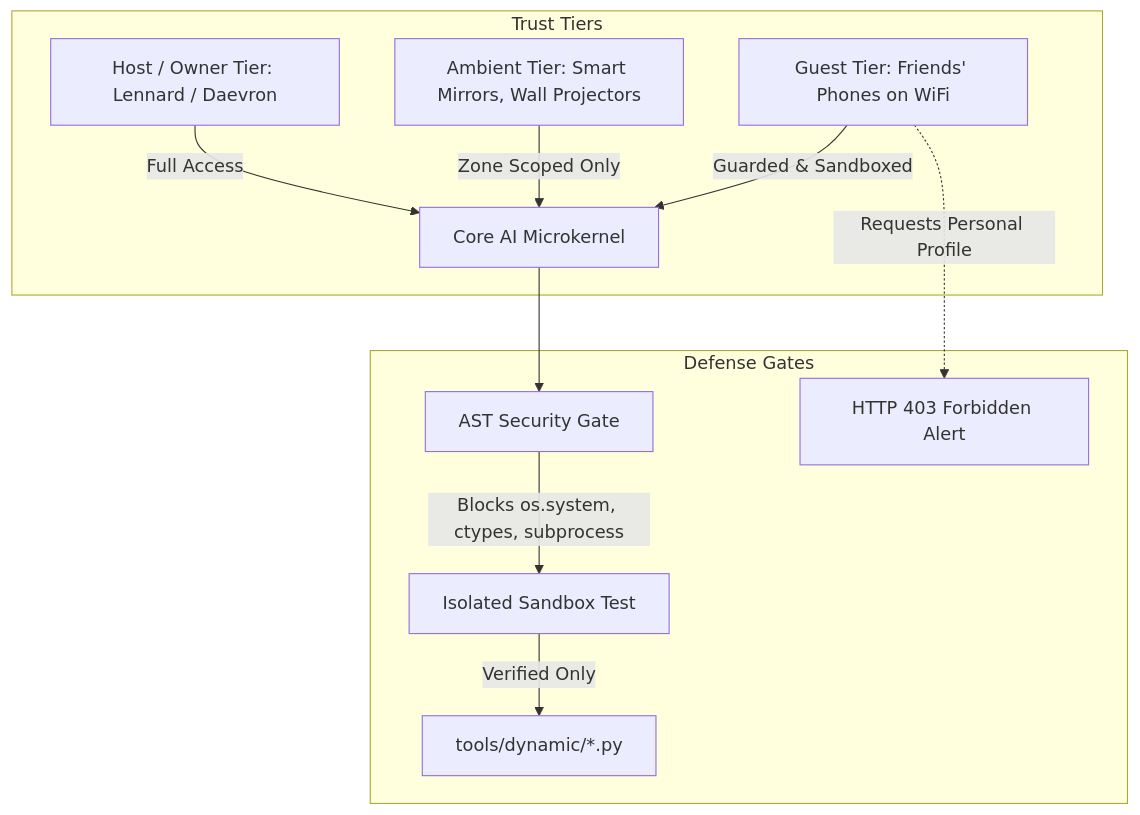
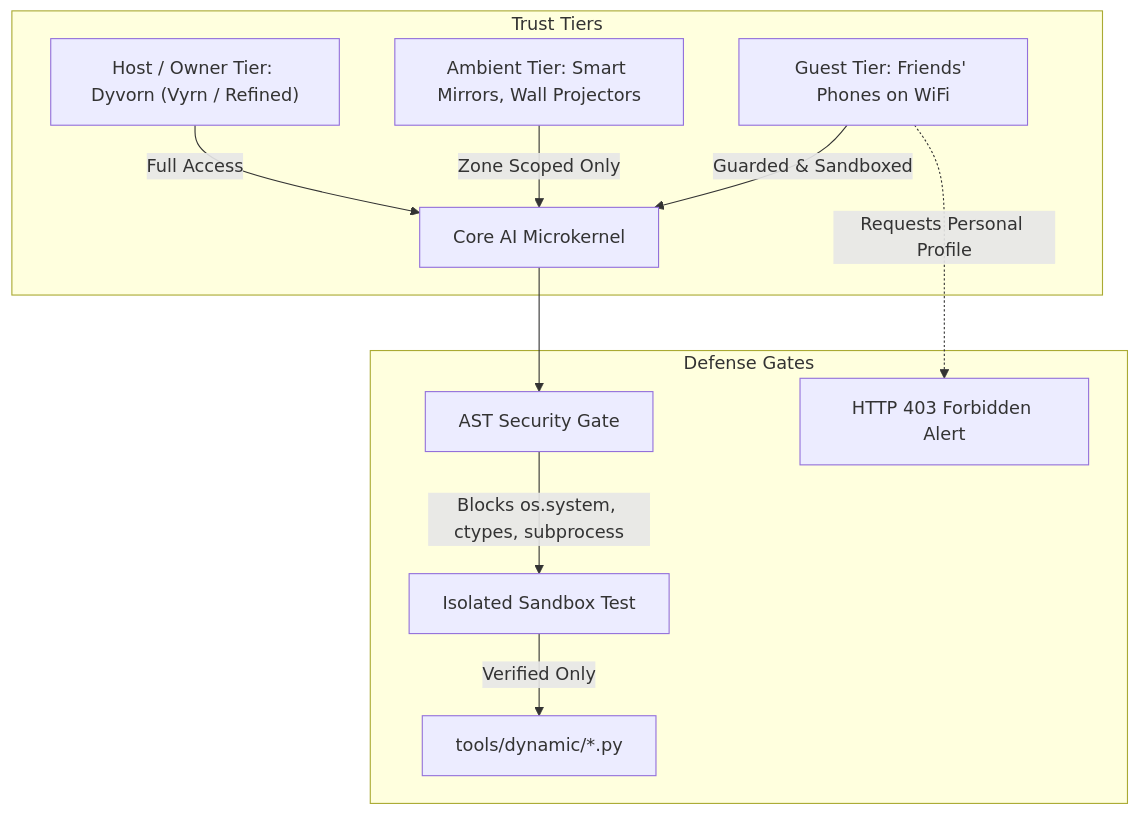
The diagram in SECURITY.md (Dyvorn/Core-AI), drawn with Mermaid before and after one commit. The commit also changed 6 other files, not shown here.

Commit message:
fix: update user identity and aliases to Dyvorn (Vyrn / Refined) across schemas, state, and visualizer

````diff
--- a/SECURITY.md
+++ b/SECURITY.md
@@ -11,16 +11,17 @@
 ```mermaid
 flowchart TD
     subgraph Trust Tiers
-        Owner[Host / Owner Tier: Lennard / Daevron] -->|Full Access| Core[Core AI Microkernel]
+        Owner["Host / Owner Tier: Dyvorn (Vyrn / Refined)"] -->|Full Access| Core[Core AI Microkernel]
         Ambient[Ambient Tier: Smart Mirrors, Wall Projectors] -->|Zone Scoped Only| Core
         Guest[Guest Tier: Friends' Phones on WiFi] -->|Guarded & Sandboxed| Core
     end
+
 
     subgraph Defense Gates
         Core --> AST[AST Security Gate]
         AST -->|Blocks os.system, ctypes, subprocess| Sandbox[Isolated Sandbox Test]
         Sandbox -->|Verified Only| Disk[tools/dynamic/*.py]
         
         Guest -.->|Requests Personal Profile| Deny[HTTP 403 Forbidden Alert]
     end
 ```
````
